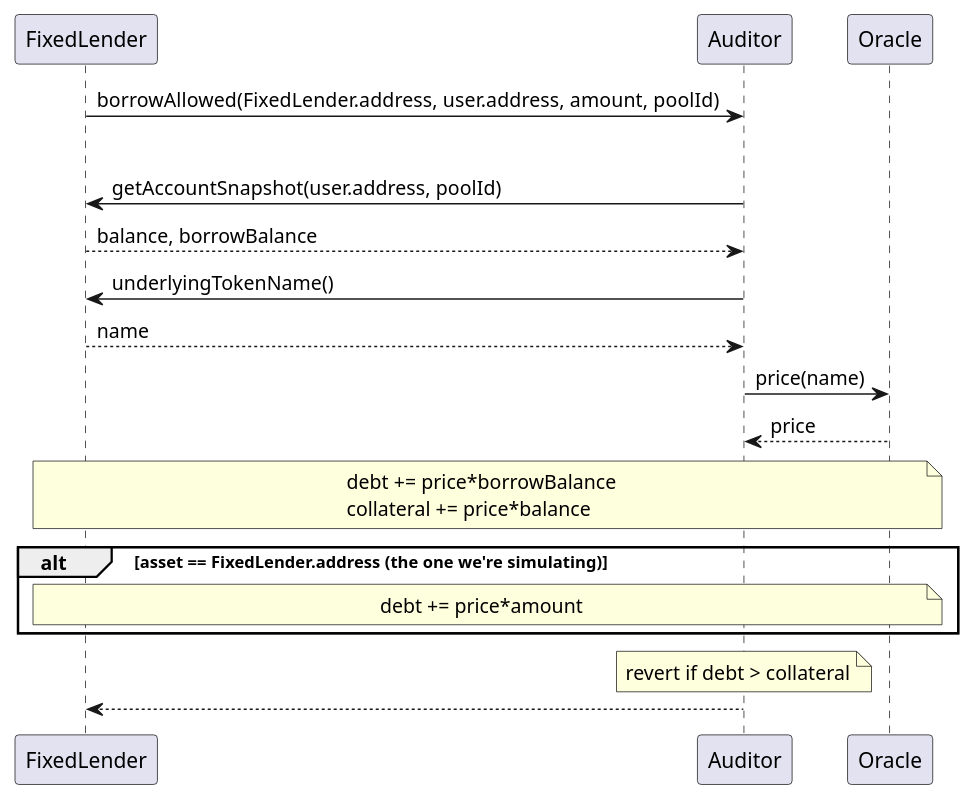
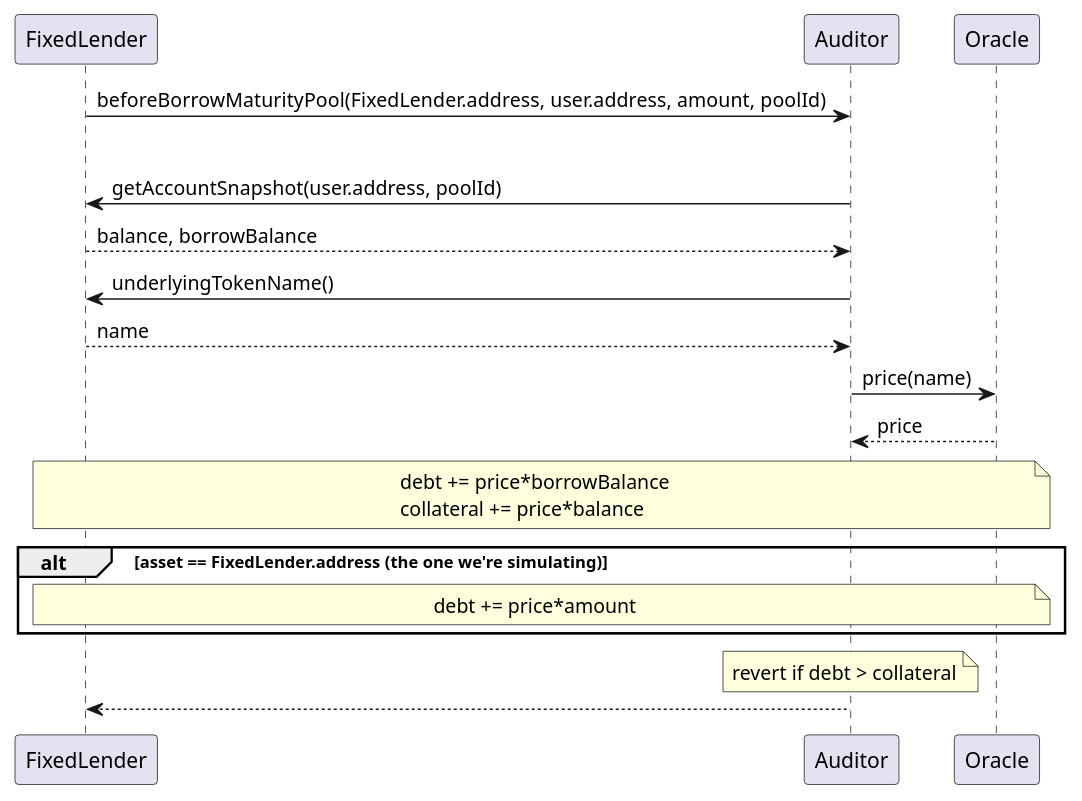
Before and after one commit to exactly/protocol: the second of 2 diagrams in docs/actions.rst, drawn with PlantUML. The commit also changed other lines of this file and 8 other files, not shown here.

```diff
--- a/docs/actions.rst
+++ b/docs/actions.rst
@@ -50,27 +50,27 @@
 .. uml::
 
     participant FixedLender
     participant Auditor
     participant Oracle
 
-    FixedLender -> Auditor: borrowAllowed(FixedLender.address, user.address, amount, poolId)
+    FixedLender -> Auditor: beforeBorrowMaturityPool(FixedLender.address, user.address, amount, poolId)
 
     loop every enabled FixedLender
     Auditor -> FixedLender: getAccountSnapshot(user.address, poolId)
     Auditor <-- FixedLender: balance, borrowBalance
     Auditor -> FixedLender: underlyingTokenName()
     Auditor <-- FixedLender: name
     Auditor -> Oracle: price(name)
     Auditor <-- Oracle: price
     note across
     debt += price*borrowBalance
     collateral += price*balance
     end note
 
     alt asset == FixedLender.address (the one we're simulating)
     note across
     debt += price*amount
     end note
     end
     note over Auditor: revert if debt > collateral
     FixedLender <-- Auditor
```
